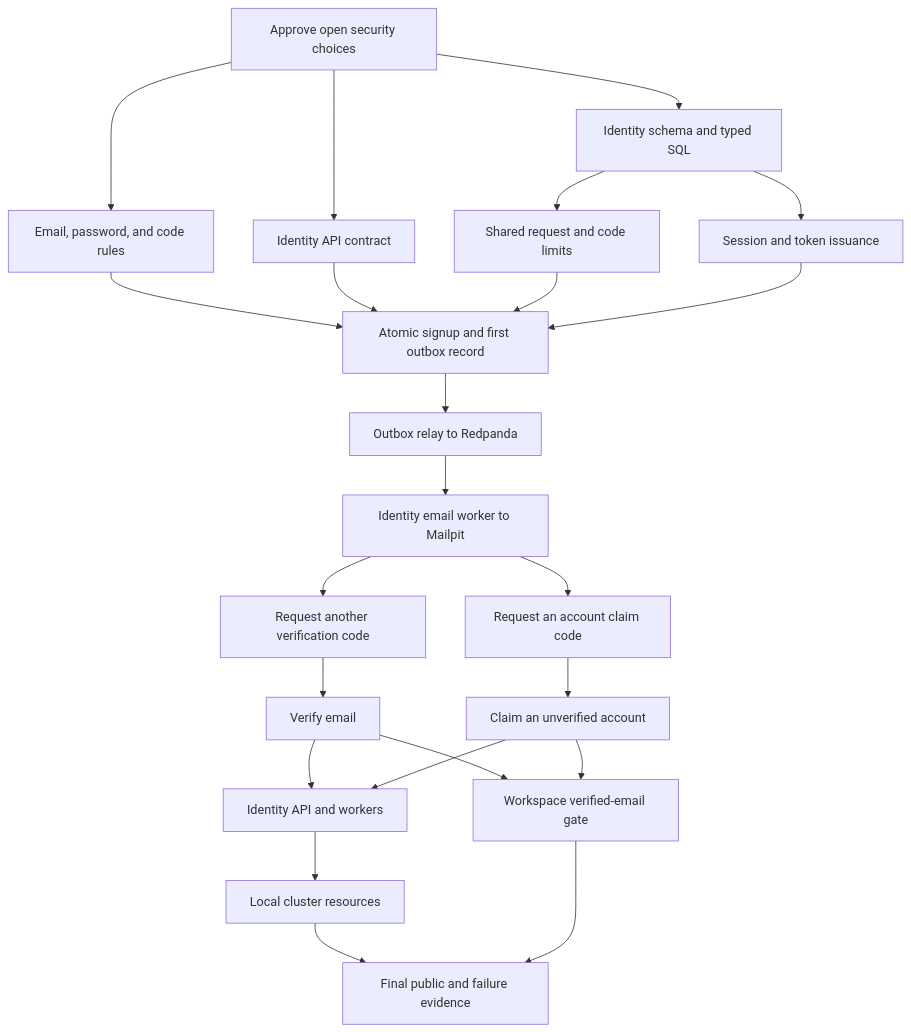
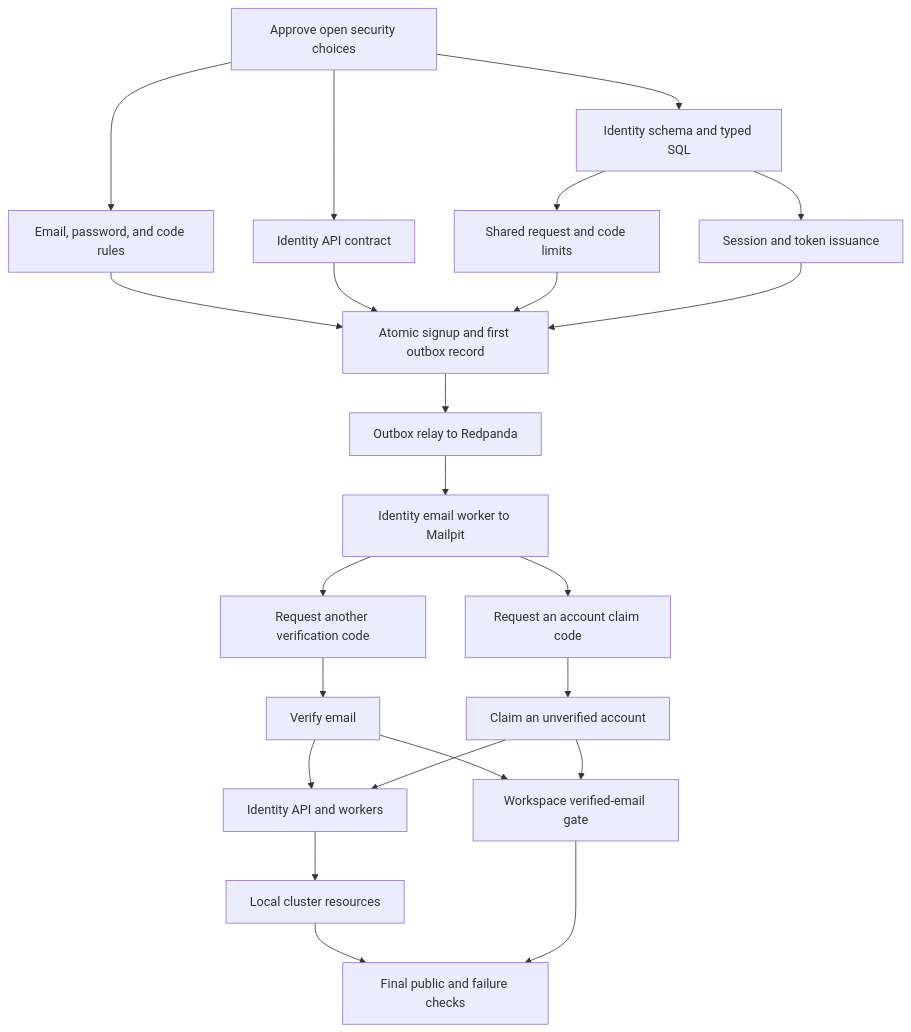
One commit to vasapolrittideah/flowspace-api changed the diagram in tasks/identity-signup-and-email-verification.md. Above: the diagram before and after it, drawn with Mermaid. The commit also changed other lines of this file and 13 other files, not shown here.

````diff
--- a/tasks/identity-signup-and-email-verification.md
+++ b/tasks/identity-signup-and-email-verification.md
@@ -27,25 +27,25 @@
 ```mermaid
 flowchart TD
     Decisions[Approve open security choices] --> Contract[Identity API contract]
     Decisions --> Rules[Email, password, and code rules]
     Decisions --> Storage[Identity schema and typed SQL]
     Rules --> Signup[Atomic signup and first outbox record]
     Storage --> Limits[Shared request and code limits]
     Storage --> Tokens[Session and token issuance]
     Contract --> Signup
     Limits --> Signup
     Tokens --> Signup
     Signup --> Relay[Outbox relay to Redpanda]
     Relay --> Mail[Identity email worker to Mailpit]
     Mail --> Resend[Request another verification code]
     Resend --> Verify[Verify email]
     Mail --> ClaimCode[Request an account claim code]
     ClaimCode --> Claim[Claim an unverified account]
     Verify --> Runtime[Identity API and workers]
     Claim --> Runtime
     Runtime --> Local[Local cluster resources]
     Verify --> Gate[Workspace verified-email gate]
     Claim --> Gate
-    Local --> Evidence[Final public and failure evidence]
-    Gate --> Evidence
+    Local --> FinalChecks[Final public and failure checks]
+    Gate --> FinalChecks
 ```
````
